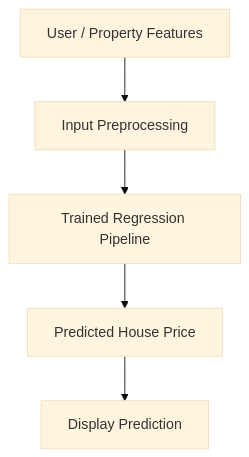
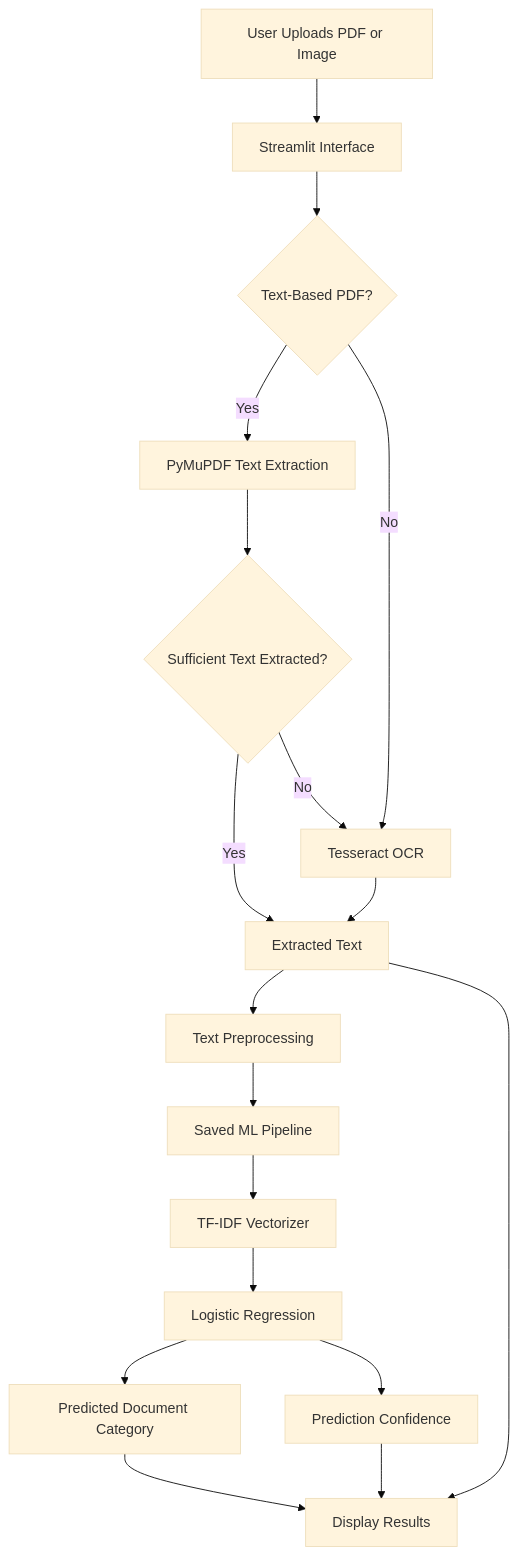
The first of 2 diagrams in README.md (tanush090/DocuSense), drawn with Mermaid (base theme) before and after one commit. The commit also changed other lines of this file, not shown here.

First line of the commit message:
Revise README for DocuSense PDF Classifier

````diff
--- a/README.md
+++ b/README.md
@@ -45,7 +48,20 @@
 ```mermaid
 flowchart TD
-    A["User / Property Features"] --> B["Input Preprocessing"]
-    B --> C["Trained Regression Pipeline"]
-    C --> D["Predicted House Price"]
-    D --> E["Display Prediction"]
+    A["User Uploads PDF or Image"] --> B["Streamlit Interface"]
+    B --> C{"Text-Based PDF?"}
+    C -->|Yes| D["PyMuPDF Text Extraction"]
+    C -->|No| E["Tesseract OCR"]
+    D --> F{"Sufficient Text Extracted?"}
+    F -->|Yes| G["Extracted Text"]
+    F -->|No| E
+    E --> G
+    G --> H["Text Preprocessing"]
+    H --> I["Saved ML Pipeline"]
+    I --> J["TF-IDF Vectorizer"]
+    J --> K["Logistic Regression"]
+    K --> L["Predicted Document Category"]
+    K --> M["Prediction Confidence"]
+    L --> N["Display Results"]
+    M --> N
+    G --> N
 ```
````
